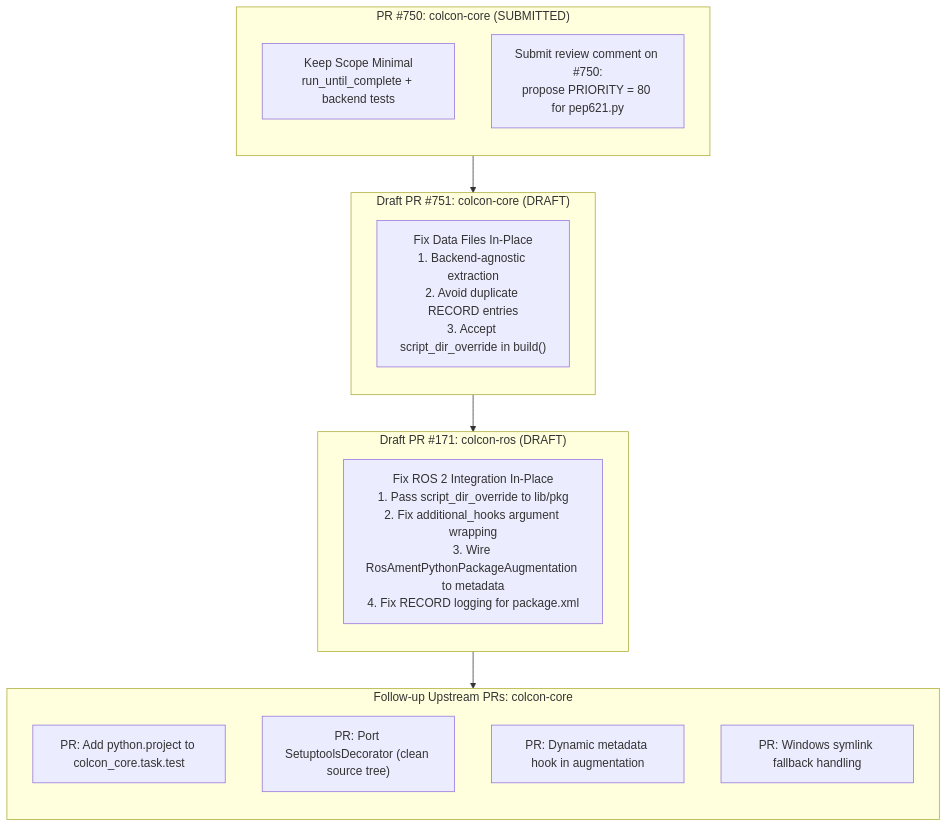
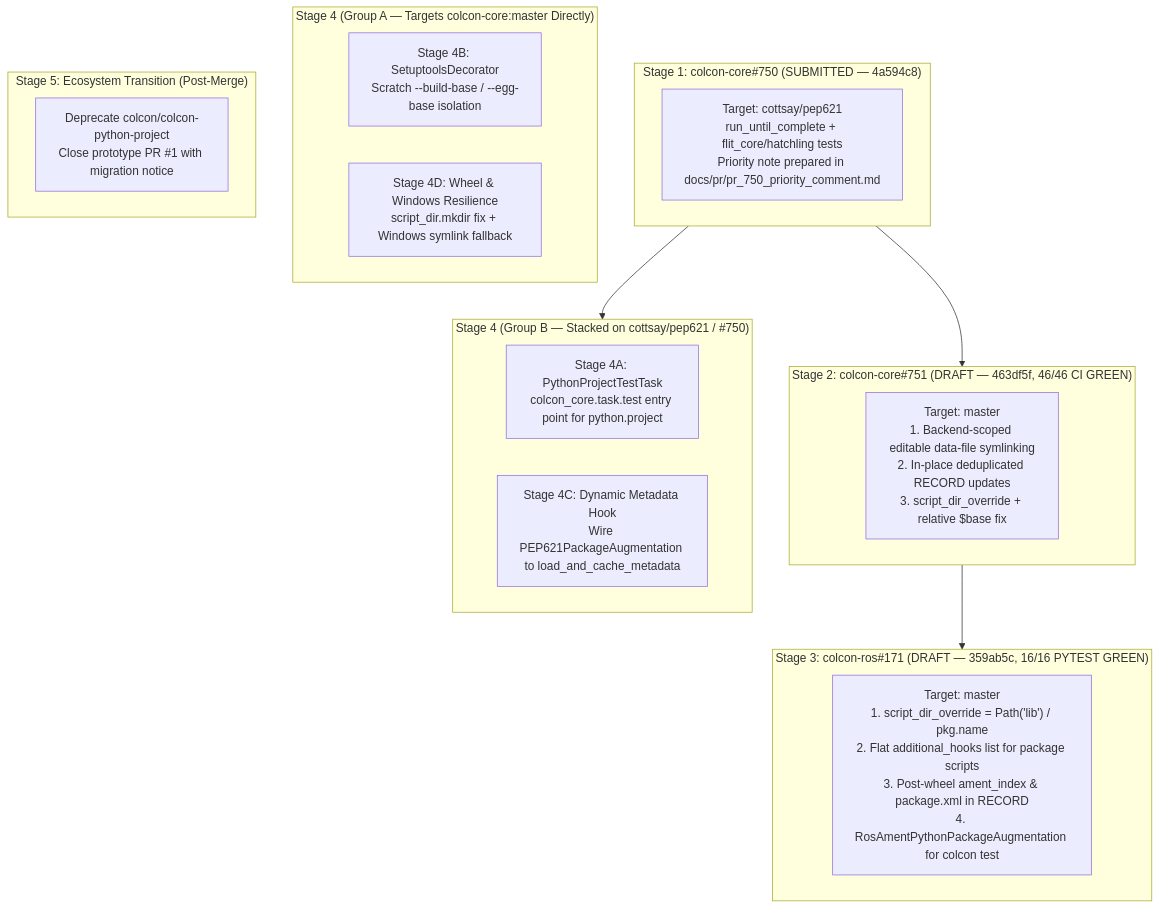
One commit to KmoM88/colcon-roadmap changed the diagram in docs/plans/pitfalls_and_remediation_plan.md. Above: the diagram before and after it, drawn with Mermaid. The commit also changed other lines of this file and 10 other files, not shown here.

Commit message:
Add Dockerized ROS 2 Jazzy PEP 621 PoC and update roadmap/results docs

````diff
--- a/docs/plans/pitfalls_and_remediation_plan.md
+++ b/docs/plans/pitfalls_and_remediation_plan.md
@@ -92,30 +81,32 @@
 ```mermaid
 flowchart TD
-    subgraph S1["PR #750: colcon-core (SUBMITTED)"]
-        direction TB
-        P750["Keep Scope Minimal<br/>run_until_complete + backend tests"]
-        P750_note["Submit review comment on #750:<br/>propose PRIORITY = 80 for pep621.py"]
+    subgraph S1["Stage 1: colcon-core#750 (SUBMITTED — 4a594c8)"]
+        P750["Target: cottsay/pep621<br/>run_until_complete + flit_core/hatchling tests<br/>Priority note prepared in docs/pr/pr_750_priority_comment.md"]
     end
 
-    subgraph S2["Draft PR #751: colcon-core (DRAFT)"]
-        direction TB
-        P751["Fix Data Files In-Place<br/>1. Backend-agnostic extraction<br/>2. Avoid duplicate RECORD entries<br/>3. Accept script_dir_override in build()"]
+    subgraph S2["Stage 2: colcon-core#751 (DRAFT — 463df5f, 46/46 CI GREEN)"]
+        P751["Target: master<br/>1. Backend-scoped editable data-file symlinking<br/>2. In-place deduplicated RECORD updates<br/>3. script_dir_override + relative $base fix"]
     end
 
-    subgraph S3["Draft PR #171: colcon-ros (DRAFT)"]
-        direction TB
-        P171["Fix ROS 2 Integration In-Place<br/>1. Pass script_dir_override to lib/pkg<br/>2. Fix additional_hooks argument wrapping<br/>3. Wire RosAmentPythonPackageAugmentation to metadata<br/>4. Fix RECORD logging for package.xml"]
+    subgraph S3["Stage 3: colcon-ros#171 (DRAFT — 359ab5c, 16/16 PYTEST GREEN)"]
+        P171["Target: master<br/>1. script_dir_override = Path('lib') / pkg.name<br/>2. Flat additional_hooks list for package scripts<br/>3. Post-wheel ament_index & package.xml in RECORD<br/>4. RosAmentPythonPackageAugmentation for colcon test"]
     end
 
-    subgraph S4["Follow-up Upstream PRs: colcon-core"]
-        direction TB
-        F1["PR: Add python.project to colcon_core.task.test"]
-        F2["PR: Port SetuptoolsDecorator (clean source tree)"]
-        F3["PR: Dynamic metadata hook in augmentation"]
-        F4["PR: Windows symlink fallback handling"]
+    subgraph S4M["Stage 4 (Group A — Targets colcon-core:master Directly)"]
+        F4B["Stage 4B: SetuptoolsDecorator<br/>Scratch --build-base / --egg-base isolation"]
+        F4D["Stage 4D: Wheel & Windows Resilience<br/>script_dir.mkdir fix + Windows symlink fallback"]
+    end
+
+    subgraph S4P["Stage 4 (Group B — Stacked on cottsay/pep621 / #750)"]
+        F4A["Stage 4A: PythonProjectTestTask<br/>colcon_core.task.test entry point for python.project"]
+        F4C["Stage 4C: Dynamic Metadata Hook<br/>Wire PEP621PackageAugmentation to load_and_cache_metadata"]
+    end
+
+    subgraph S5["Stage 5: Ecosystem Transition (Post-Merge)"]
+        P5["Deprecate colcon/colcon-python-project<br/>Close prototype PR #1 with migration notice"]
     end
 
     S1 --> S2
     S2 --> S3
-    S3 --> S4
+    S1 --> S4P
 ```
````
